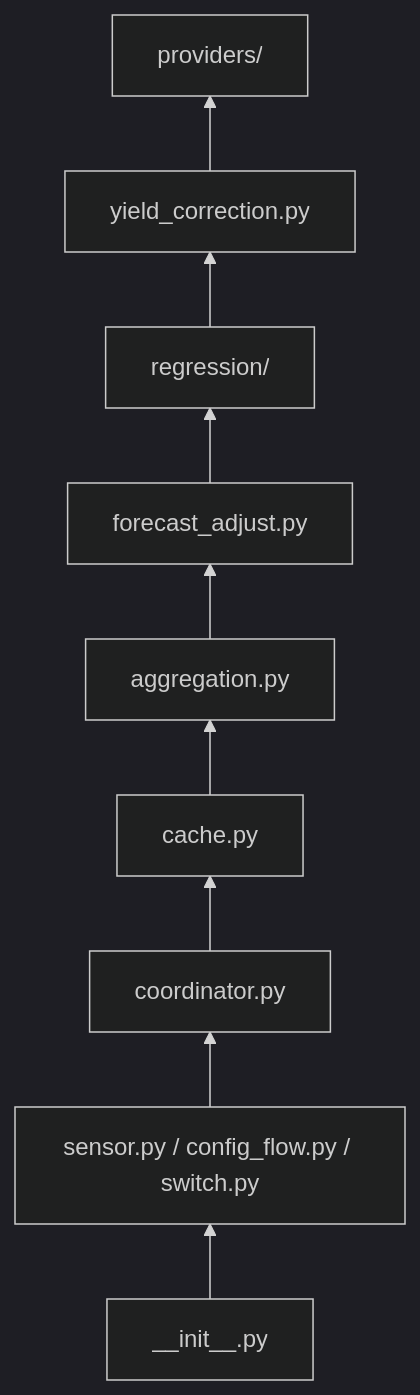
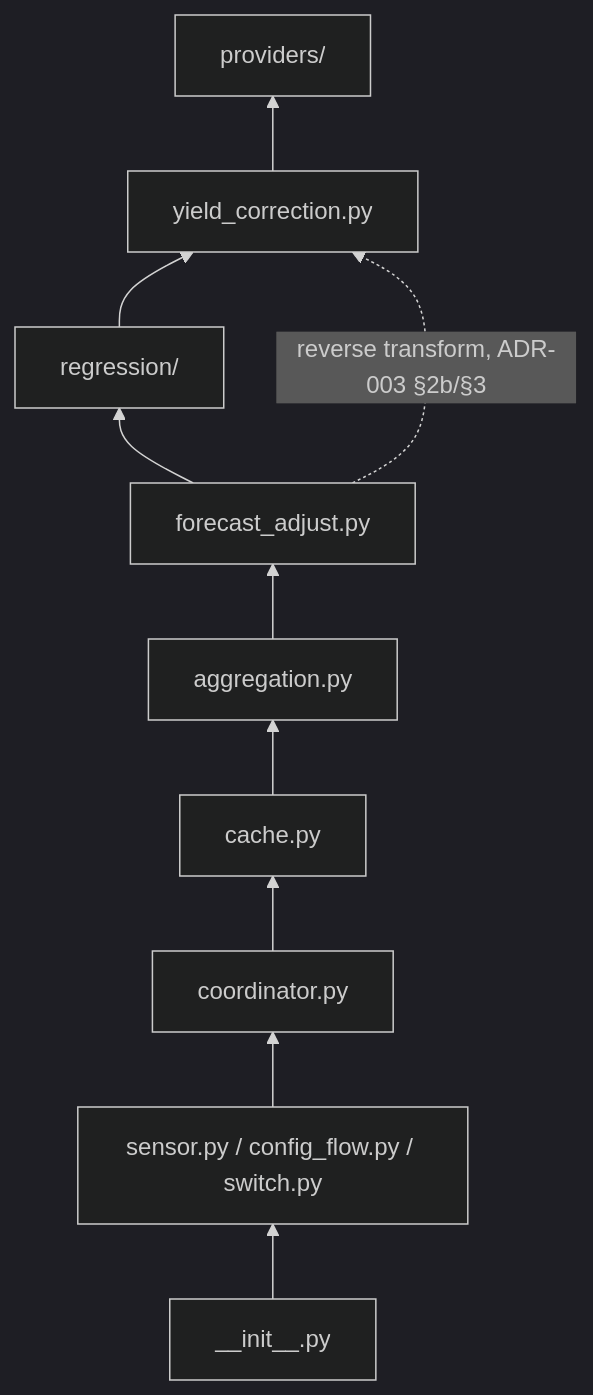
One commit to eschnepel/shady changed the diagram in adr/000-coding-standards.md. Above: the diagram before and after it, drawn with Mermaid (dark theme). The commit also changed other lines of this file and 4 other files, not shown here.

````diff
--- a/adr/000-coding-standards.md
+++ b/adr/000-coding-standards.md
@@ -73,21 +73,22 @@
 ```mermaid
 flowchart BT
     providers["providers/"]
     yield_correction["yield_correction.py"]
     regression["regression/"]
     forecast_adjust["forecast_adjust.py"]
     aggregation["aggregation.py"]
     cache["cache.py"]
     coordinator["coordinator.py"]
     entity_glue["sensor.py / config_flow.py / switch.py"]
     init["__init__.py"]
 
     yield_correction --> providers
     regression --> yield_correction
     forecast_adjust --> regression
     aggregation --> forecast_adjust
     cache --> aggregation
     coordinator --> cache
     entity_glue --> coordinator
     init --> entity_glue
+    forecast_adjust -.->|"reverse transform, ADR-003 §2b/§3"| yield_correction
 ```
````
